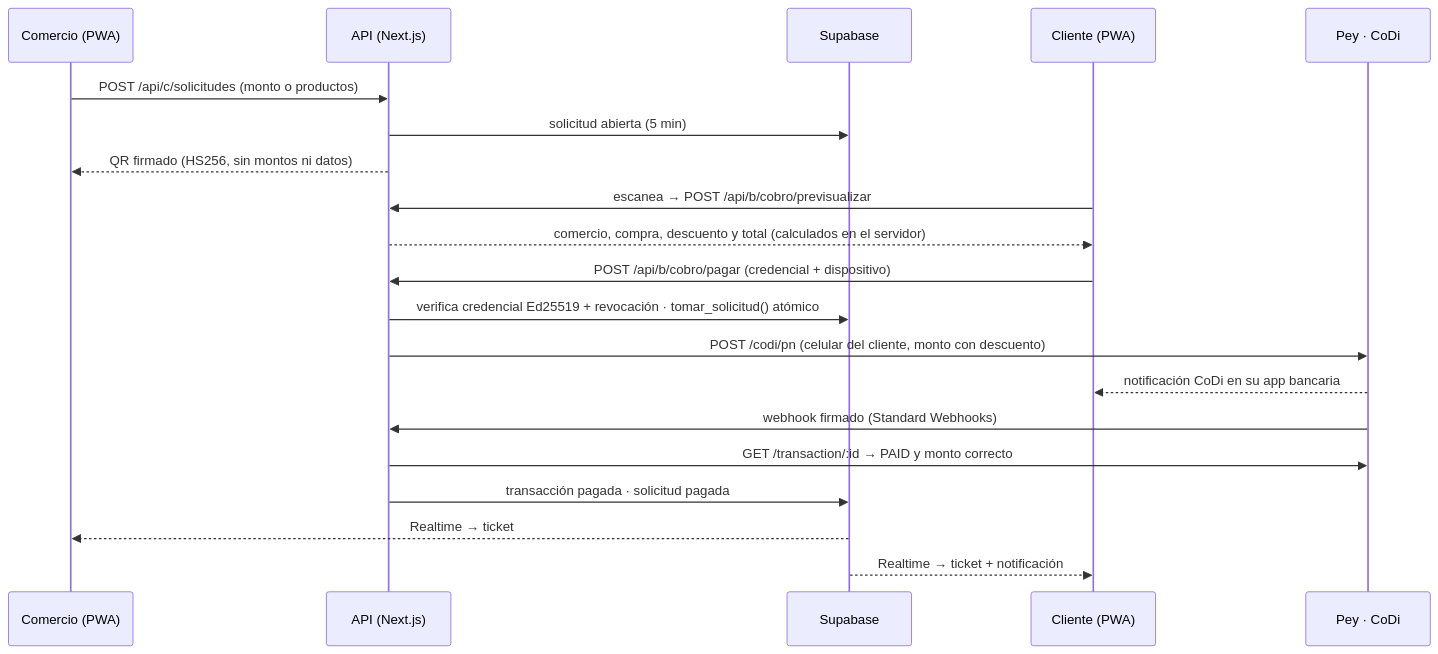
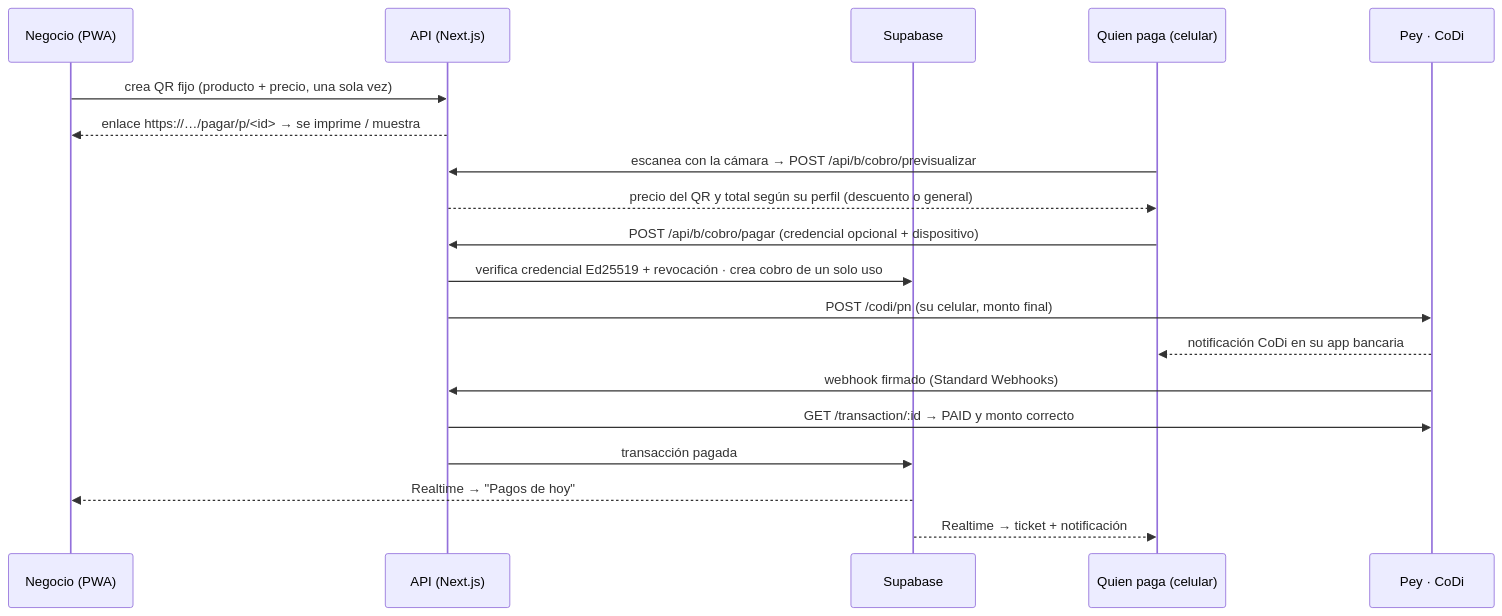
Before and after one commit to yhir4m/project2: the diagram in README.md, drawn with Mermaid. The commit also changed other lines of this file and 1 other file, not shown here.

Commit message:
docs: README y guion de demo para QR fijos con precio

````diff
--- a/README.md
+++ b/README.md
@@ -11,22 +11,21 @@
 ```mermaid
 sequenceDiagram
-  participant C as Comercio (PWA)
+  participant C as Negocio (PWA)
   participant API as API (Next.js)
   participant DB as Supabase
-  participant B as Cliente (PWA)
+  participant B as Quien paga (celular)
   participant P as Pey · CoDi
-  C->>API: POST /api/c/solicitudes (monto o productos)
-  API->>DB: solicitud abierta (5 min)
-  API-->>C: QR firmado (HS256, sin montos ni datos)
-  B->>API: escanea → POST /api/b/cobro/previsualizar
-  API-->>B: comercio, compra, descuento y total (calculados en el servidor)
-  B->>API: POST /api/b/cobro/pagar (credencial + dispositivo)
-  API->>DB: verifica credencial Ed25519 + revocación · tomar_solicitud() atómico
-  API->>P: POST /codi/pn (celular del cliente, monto con descuento)
+  C->>API: crea QR fijo (producto + precio, una sola vez)
+  API-->>C: enlace https://…/pagar/p/<id> → se imprime / muestra
+  B->>API: escanea con la cámara → POST /api/b/cobro/previsualizar
+  API-->>B: precio del QR y total según su perfil (descuento o general)
+  B->>API: POST /api/b/cobro/pagar (credencial opcional + dispositivo)
+  API->>DB: verifica credencial Ed25519 + revocación · crea cobro de un solo uso
+  API->>P: POST /codi/pn (su celular, monto final)
   P-->>B: notificación CoDi en su app bancaria
   P->>API: webhook firmado (Standard Webhooks)
   API->>P: GET /transaction/:id → PAID y monto correcto
-  API->>DB: transacción pagada · solicitud pagada
-  DB-->>C: Realtime → ticket
+  API->>DB: transacción pagada
+  DB-->>C: Realtime → "Pagos de hoy"
   DB-->>B: Realtime → ticket + notificación
 ```
````
